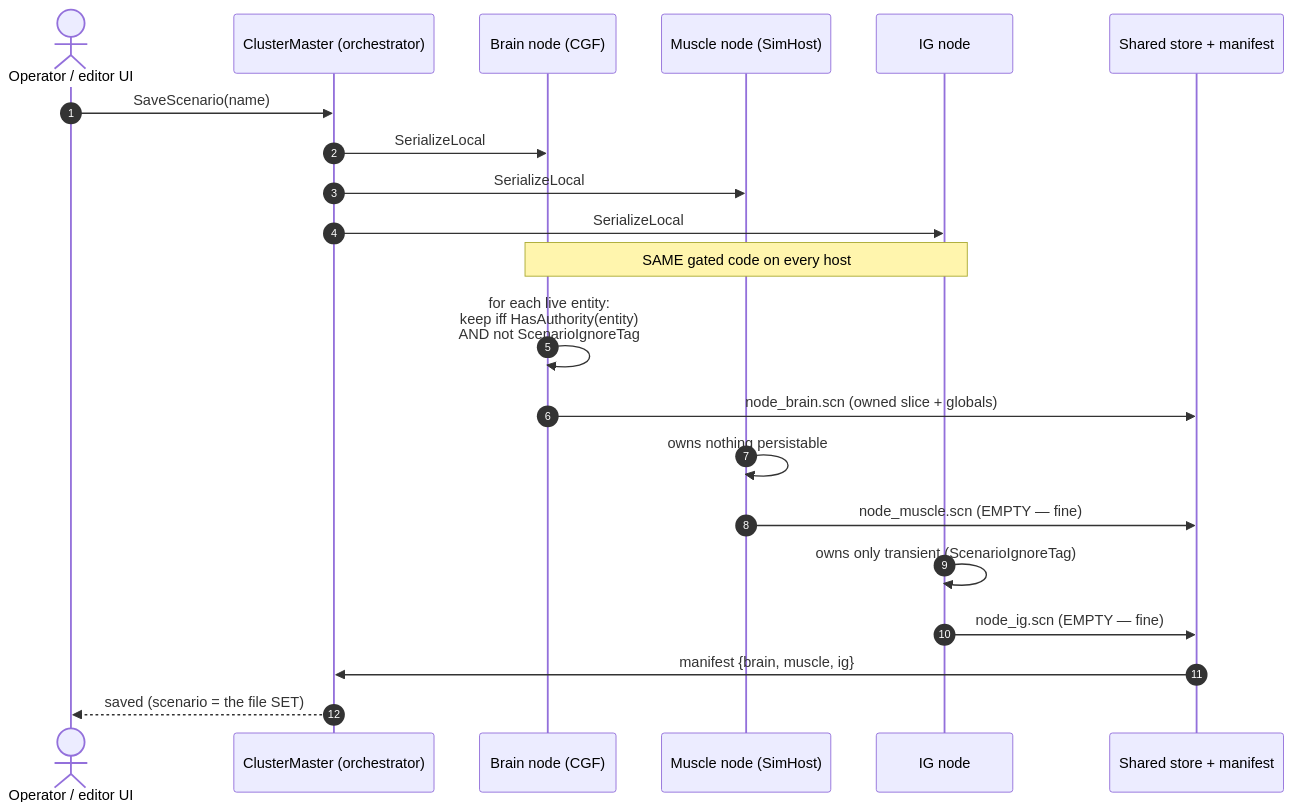
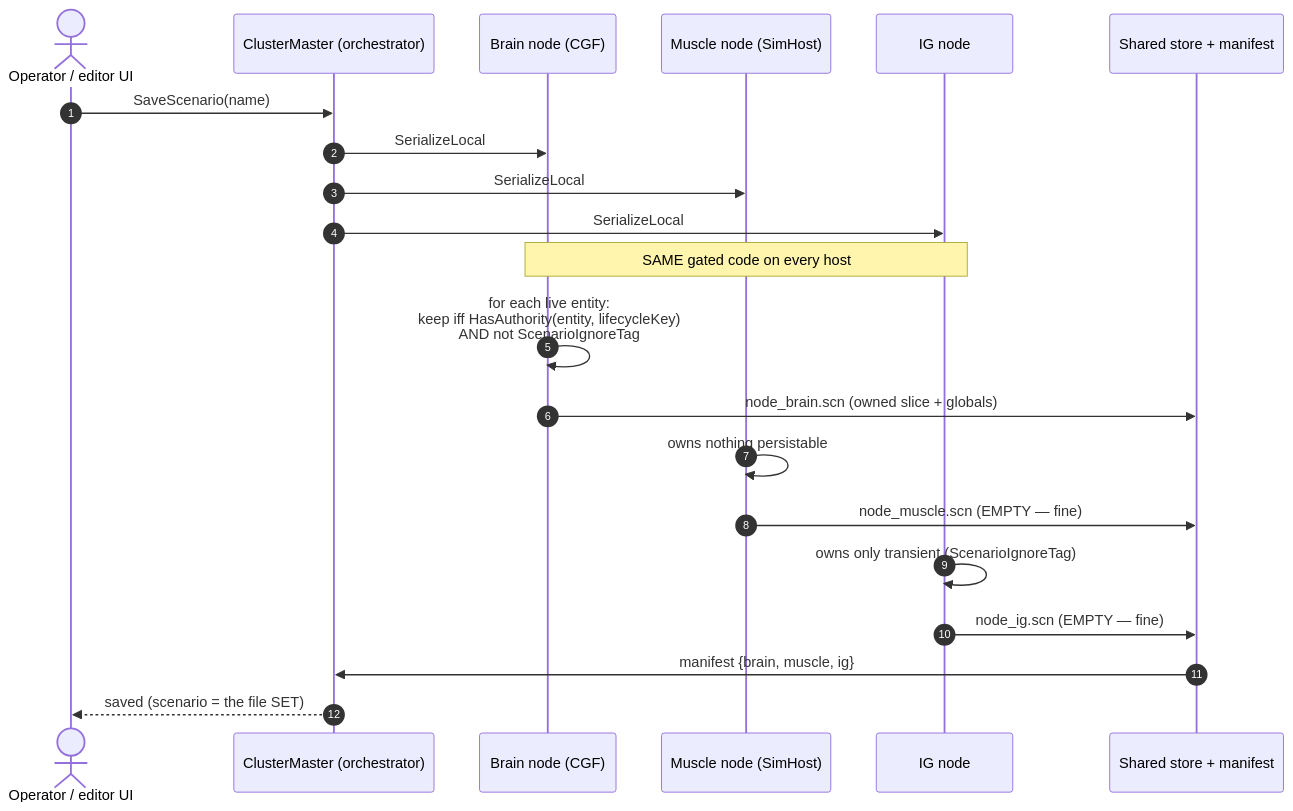
One commit to pjanec/HROT changed the second of 5 diagrams in docs/DESIGN_Distributed_Scenario_Persistence.md. Above: the diagram before and after it, drawn with Mermaid. The commit also changed other lines of this file, not shown here.

First line of the commit message:
docs(design): save-ownership keys on the EntityMaster descriptor owner -> transfer enabled

````diff
--- a/docs/DESIGN_Distributed_Scenario_Persistence.md
+++ b/docs/DESIGN_Distributed_Scenario_Persistence.md
@@ -159,24 +163,24 @@
 ```mermaid
 sequenceDiagram
     autonumber
     actor Op as Operator / editor UI
     participant CM as ClusterMaster (orchestrator)
     participant Brain as Brain node (CGF)
     participant Muscle as Muscle node (SimHost)
     participant IG as IG node
     participant NAS as Shared store + manifest
 
     Op->>CM: SaveScenario(name)
     CM->>Brain: SerializeLocal
     CM->>Muscle: SerializeLocal
     CM->>IG: SerializeLocal
     Note over Brain,IG: SAME gated code on every host
-    Brain->>Brain: for each live entity:<br/>keep iff HasAuthority(entity)<br/>AND not ScenarioIgnoreTag
+    Brain->>Brain: for each live entity:<br/>keep iff HasAuthority(entity, lifecycleKey)<br/>AND not ScenarioIgnoreTag
     Brain->>NAS: node_brain.scn (owned slice + globals)
     Muscle->>Muscle: owns nothing persistable
     Muscle->>NAS: node_muscle.scn (EMPTY — fine)
     IG->>IG: owns only transient (ScenarioIgnoreTag)
     IG->>NAS: node_ig.scn (EMPTY — fine)
     NAS->>CM: manifest {brain, muscle, ig}
     CM-->>Op: saved (scenario = the file SET)
 ```
````
